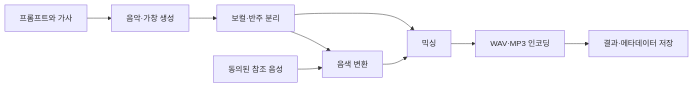
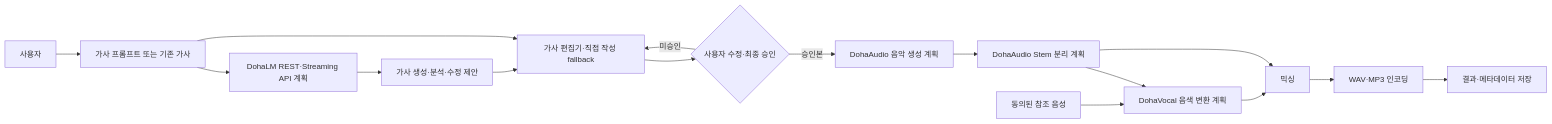
Before and after one commit to DohaStudio/DohaMusic: the diagram in README.md, drawn with Mermaid. The commit also changed other lines of this file and 513 other files, not shown here.

````diff
--- a/README.md
+++ b/README.md
@@ -29,11 +86,18 @@
 ```mermaid
 flowchart LR
-  I[프롬프트와 가사] --> G[음악·가창 생성]
-  G --> S[보컬·반주 분리]
-  R[동의된 참조 음성] --> V[음색 변환]
+  U[사용자] --> I[가사 프롬프트 또는 기존 가사]
+  I --> D[DohaLM REST·Streaming API 계획]
+  D --> L[가사 생성·분석·수정 제안]
+  I --> E[가사 편집기·직접 작성 fallback]
+  L --> E
+  E --> A{사용자 수정·최종 승인}
+  A -->|미승인| E
+  A -->|승인본| G[DohaAudio 음악 생성 계획]
+  G --> S[DohaAudio Stem 분리 계획]
+  R[동의된 참조 음성] --> V[DohaVocal 음색 변환 계획]
   S --> V
   S --> M[믹싱]
   V --> M
-  M --> E[WAV·MP3 인코딩]
-  E --> O[결과·메타데이터 저장]
+  M --> ENC[WAV·MP3 인코딩]
+  ENC --> O[결과·메타데이터 저장]
 ```
````
